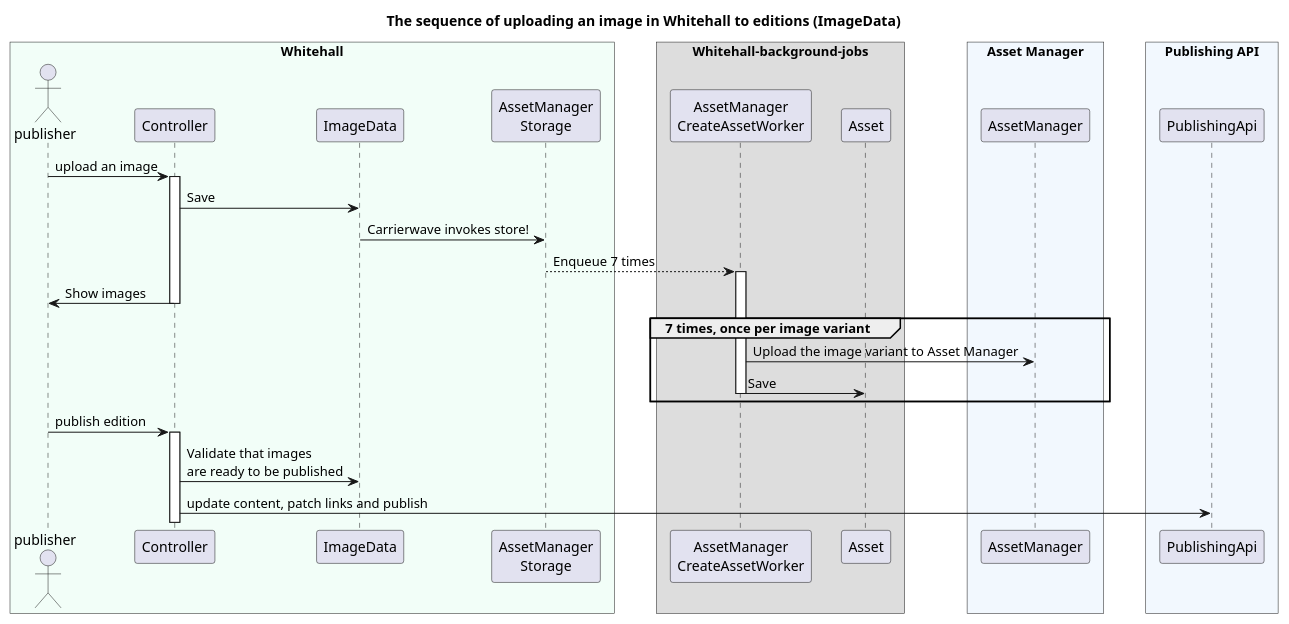
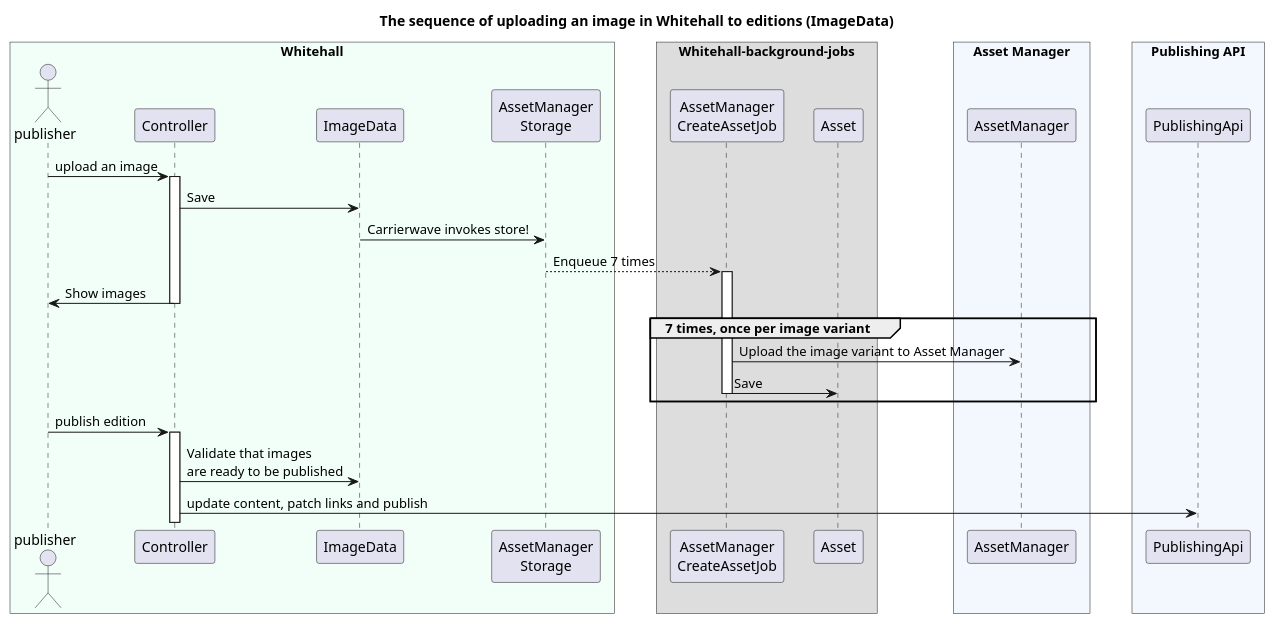
One commit to alphagov/whitehall changed the diagram in docs/diagrams/asset_image_upload_flow.puml. Above: the diagram before and after it, drawn with PlantUML. The commit also changed 16 other files, not shown here.

Commit message:
Update readmes and diagrams to use new job names

```diff
--- a/docs/diagrams/asset_image_upload_flow.puml
+++ b/docs/diagrams/asset_image_upload_flow.puml
@@ -1,42 +1,42 @@
 @startuml asset-image-upload-flow
 
 title The sequence of uploading an image in Whitehall to editions (ImageData)
 skinparam BoxPadding 20
 skinparam ParticipantPadding 10
 
 box "Whitehall" #f2fef8
 actor publisher
 participant Controller
 participant ImageData
 participant "AssetManager\nStorage" as AssetManagerStorage
 end box
 
 box Whitehall-background-jobs
-participant "AssetManager\nCreateAssetWorker" as AssetManagerCreateAssetWorker
+participant "AssetManager\nCreateAssetJob" as AssetManagerCreateAssetJob
 participant Asset
 end box
 
 box "Asset Manager" #f2f8fe
 participant AssetManager
 end box
 
 box "Publishing API" #f2f8fe
 participant PublishingApi
 end box
 
 publisher -> Controller++ : upload an image
 Controller -> ImageData : Save
 ImageData -> AssetManagerStorage : Carrierwave invokes store!
-AssetManagerStorage --> AssetManagerCreateAssetWorker++ : Enqueue 7 times
+AssetManagerStorage --> AssetManagerCreateAssetJob++ : Enqueue 7 times
 Controller -> publisher-- : Show images
 
 group 7 times, once per image variant
-  AssetManagerCreateAssetWorker -> AssetManager : Upload the image variant to Asset Manager
-  AssetManagerCreateAssetWorker -> Asset--: Save
+  AssetManagerCreateAssetJob -> AssetManager : Upload the image variant to Asset Manager
+  AssetManagerCreateAssetJob -> Asset--: Save
 end group
 
 publisher -> Controller++ : publish edition
 Controller -> ImageData : Validate that images\nare ready to be published
 Controller -> PublishingApi : update content, patch links and publish
 
 @enduml
```
